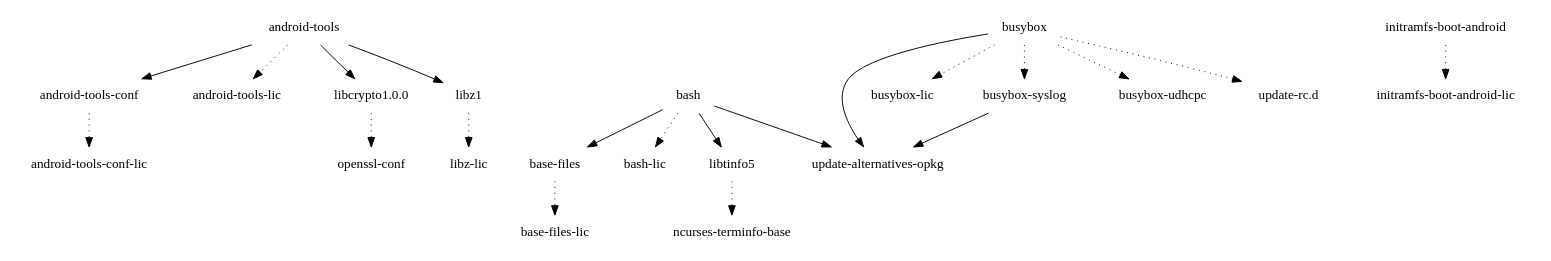
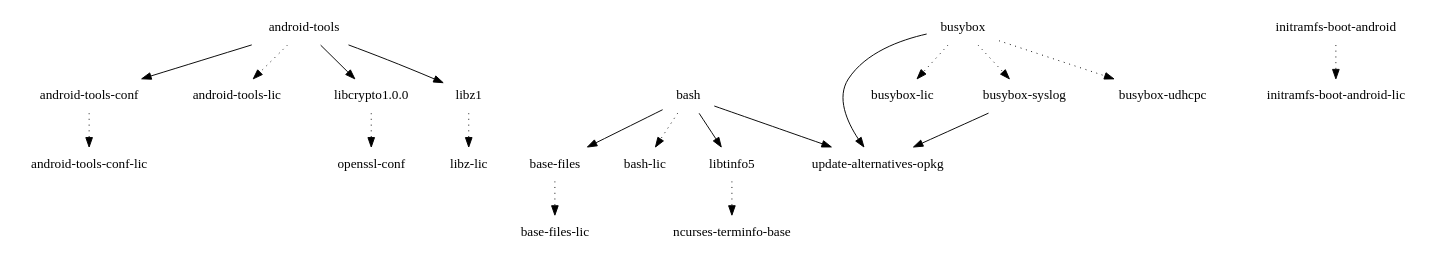
One commit to webOS-ports/buildhistory changed the diagram in images/mako/glibc/initramfs-android-image/depends-nokernel-nolibc.dot. Above: the diagram before and after it, drawn with Graphviz. The commit also changed 8 other files, not shown here.

```diff
--- a/images/mako/glibc/initramfs-android-image/depends-nokernel-nolibc.dot
+++ b/images/mako/glibc/initramfs-android-image/depends-nokernel-nolibc.dot
@@ -1,23 +1,22 @@
 digraph depends {
     node [shape=plaintext]
 "android-tools" -> "android-tools-conf";
 "android-tools" -> "android-tools-lic" [style=dotted];
 "android-tools" -> "libcrypto1.0.0";
 "android-tools" -> "libz1";
 "android-tools-conf" -> "android-tools-conf-lic" [style=dotted];
 "base-files" -> "base-files-lic" [style=dotted];
 "bash" -> "base-files";
 "bash" -> "bash-lic" [style=dotted];
 "bash" -> "libtinfo5";
 "bash" -> "update-alternatives-opkg";
 "busybox" -> "busybox-lic" [style=dotted];
 "busybox" -> "busybox-syslog" [style=dotted];
 "busybox" -> "busybox-udhcpc" [style=dotted];
 "busybox" -> "update-alternatives-opkg";
-"busybox" -> "update-rc.d" [style=dotted];
 "busybox-syslog" -> "update-alternatives-opkg";
 "initramfs-boot-android" -> "initramfs-boot-android-lic" [style=dotted];
 "libcrypto1.0.0" -> "openssl-conf" [style=dotted];
 "libtinfo5" -> "ncurses-terminfo-base" [style=dotted];
 "libz1" -> "libz-lic" [style=dotted];
 }
```
